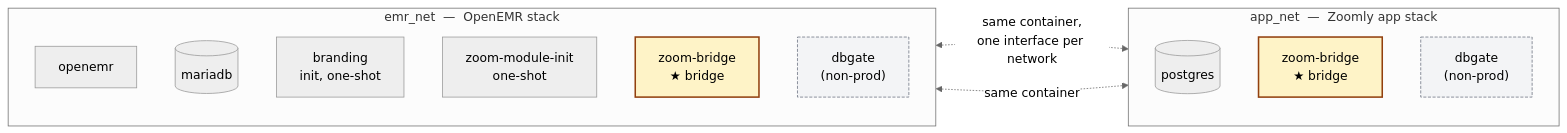
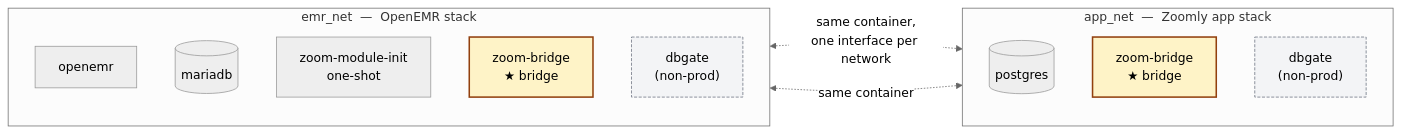
One commit to PandaBacon21/openemr-zoom-integration changed the second of 4 diagrams in ARCHITECTURE.md. Above: the diagram before and after it, drawn with Mermaid (neutral theme). The commit also changed other lines of this file and 11 other files, not shown here.

````diff
--- a/ARCHITECTURE.md
+++ b/ARCHITECTURE.md
@@ -105,27 +105,26 @@
 ```mermaid
 flowchart LR
     subgraph emr_net["emr_net &nbsp;—&nbsp; OpenEMR stack"]
         direction TB
         OE_e[openemr]
         MDB_e[(mariadb)]
-        BR_e[branding<br/>init, one-shot]
         ZMI_e[zoom-module-init<br/>one-shot]
         ZB_e["zoom-bridge<br/>★ bridge"]
         DBG_e["dbgate<br/>(non-prod)"]
     end
 
     subgraph app_net["app_net &nbsp;—&nbsp; Zoomly app stack"]
         direction TB
         PG_a[(postgres)]
         ZB_a["zoom-bridge<br/>★ bridge"]
         DBG_a["dbgate<br/>(non-prod)"]
     end
 
     ZB_e <-.->|same container,<br/>one interface per network| ZB_a
     DBG_e <-.->|same container| DBG_a
 
     classDef bridge fill:#fef3c7,stroke:#92400e,stroke-width:2px
     classDef nonprod fill:#f3f4f6,stroke:#6b7280,stroke-dasharray:4 2
     class ZB_e,ZB_a bridge
     class DBG_e,DBG_a nonprod
 ```
````
